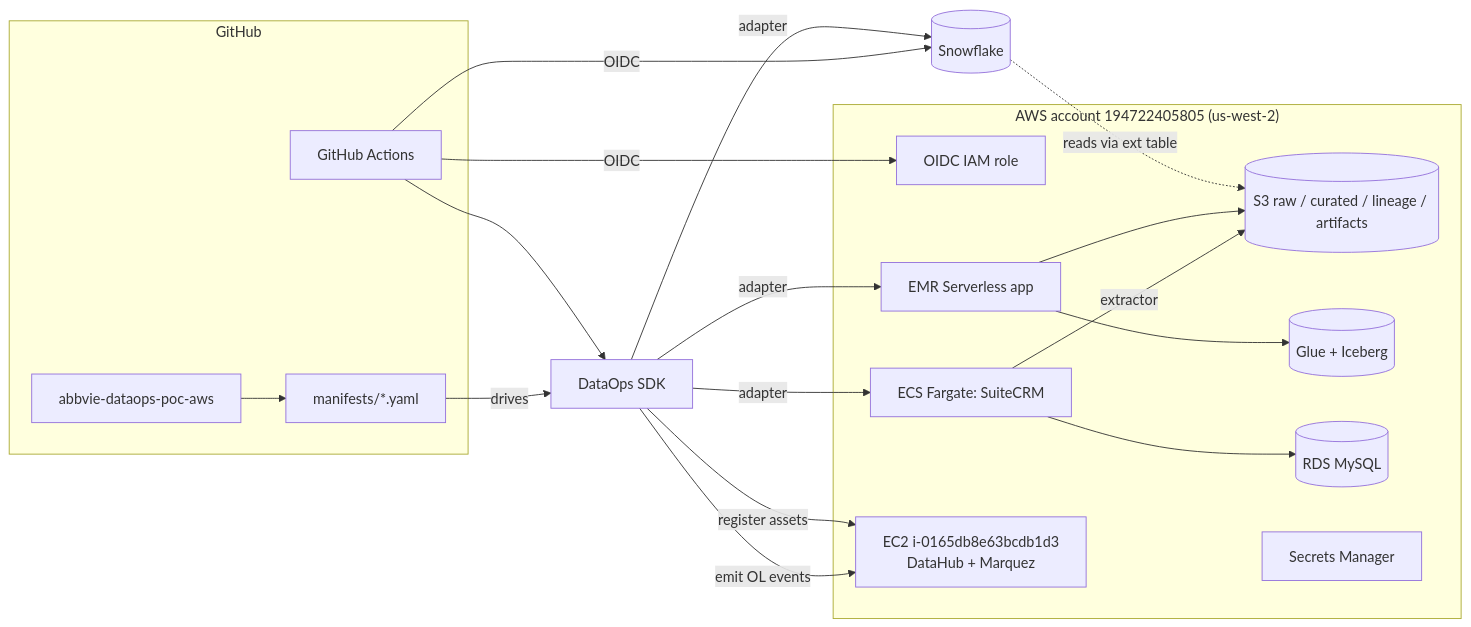
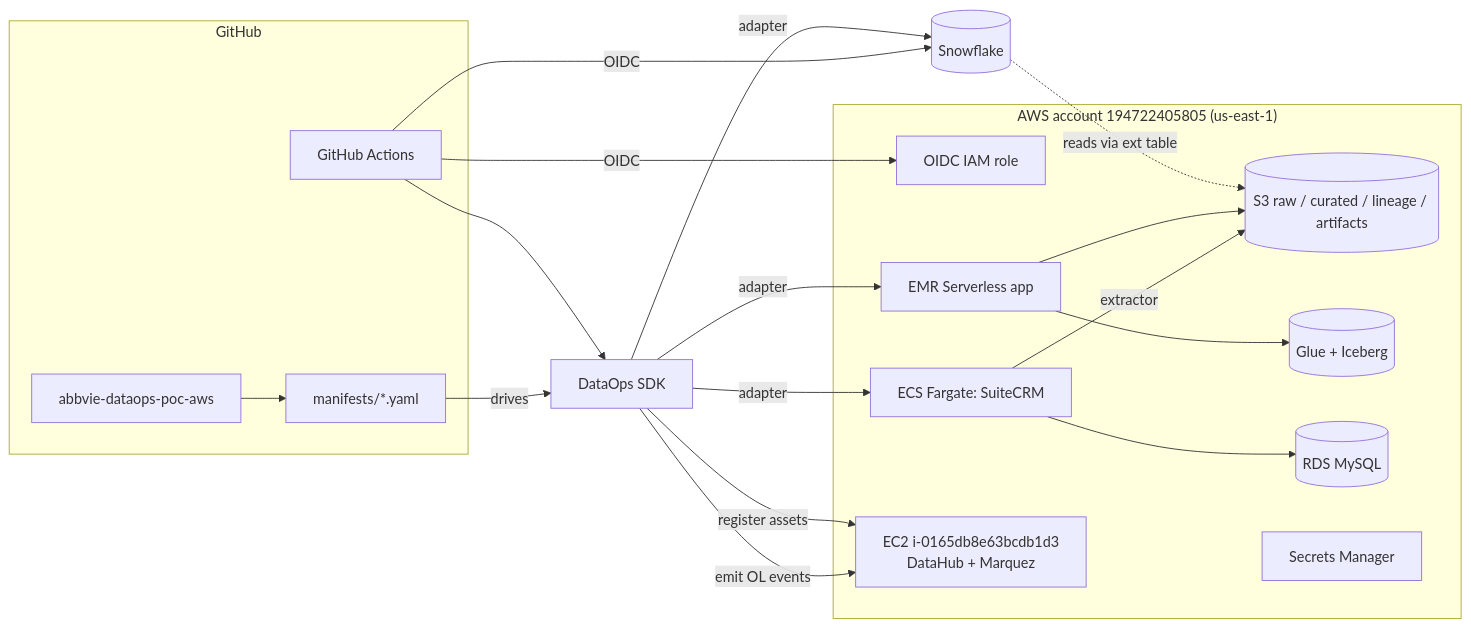
Before and after one commit to sfc-gh-palapaty/abbvie-dataops-sdk: the diagram in README.md, drawn with Mermaid. The commit also changed other lines of this file and 4 other files, not shown here.

````diff
--- a/README.md
+++ b/README.md
@@ -25,39 +25,39 @@
 ```mermaid
 flowchart LR
   subgraph GH[GitHub]
     REPO[abbvie-dataops-poc-aws]
     GHA[GitHub Actions]
     MFST[manifests/*.yaml]
   end
 
-  subgraph AWS["AWS account 194722405805 (us-west-2)"]
+  subgraph AWS["AWS account 194722405805 (us-east-1)"]
     OIDC[OIDC IAM role]
     S3[(S3 raw / curated / lineage / artifacts)]
     GLUE[(Glue + Iceberg)]
     EMR[EMR Serverless app]
     ECS[ECS Fargate: SuiteCRM]
     RDS[(RDS MySQL)]
     EC2DH["EC2 i-0165db8e63bcdb1d3<br/>DataHub + Marquez"]
     SM[Secrets Manager]
   end
 
   SF[(Snowflake)]
 
   GHA -->|OIDC| OIDC
   GHA -->|OIDC| SF
   REPO --> MFST
   MFST -->|drives| SDK[DataOps SDK]
   GHA --> SDK
 
   SDK -->|adapter| EMR
   SDK -->|adapter| SF
   SDK -->|adapter| ECS
   SDK -->|emit OL events| EC2DH
   SDK -->|register assets| EC2DH
 
   ECS --> RDS
   ECS -- extractor --> S3
   EMR --> S3
   EMR --> GLUE
   SF -.reads via ext table.-> S3
 ```
````
